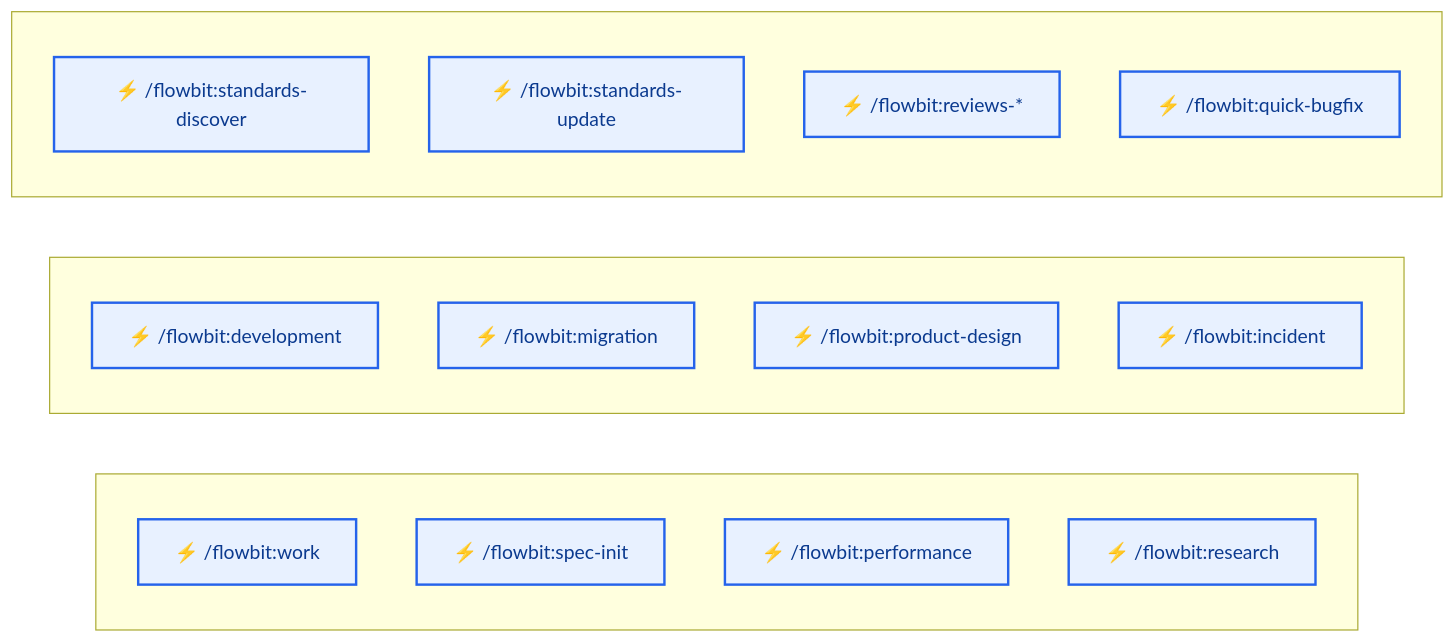
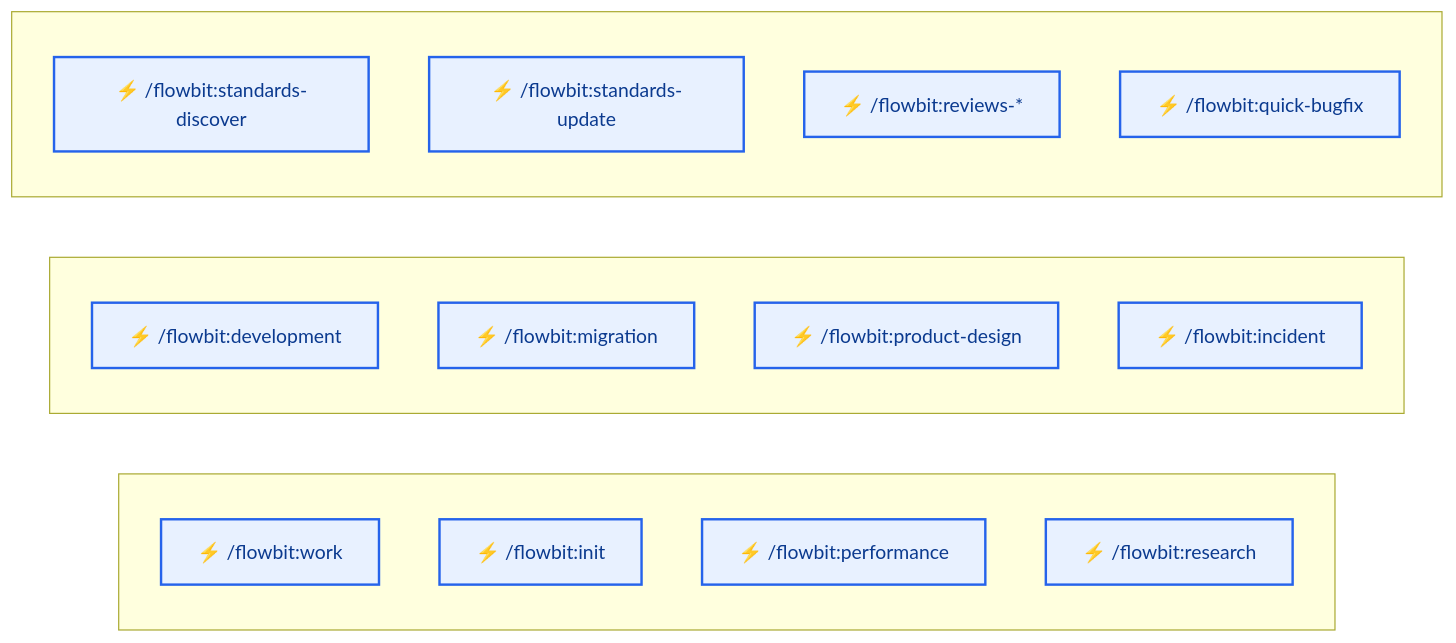
The first of 9 diagrams in docs/flow/overview.md (plucins/flowbit), drawn with Mermaid before and after one commit. The commit also changed other lines of this file and 22 other files, not shown here.

````diff
--- a/docs/flow/overview.md
+++ b/docs/flow/overview.md
@@ -40,29 +40,29 @@
 ```mermaid
 graph LR
   subgraph C1[" "]
     direction TB
     WORK["⚡ /flowbit:work"]
-    INIT["⚡ /flowbit:spec-init"]
+    INIT["⚡ /flowbit:init"]
     PERF["⚡ /flowbit:performance"]
     RES["⚡ /flowbit:research"]
   end
 
   subgraph C2[" "]
     direction TB
     DEV["⚡ /flowbit:development"]
     MIG["⚡ /flowbit:migration"]
     PD["⚡ /flowbit:product-design"]
     INC["⚡ /flowbit:incident"]
   end
 
   subgraph C3[" "]
     direction TB
     STD_DISC["⚡ /flowbit:standards-discover"]
     STD_UPD["⚡ /flowbit:standards-update"]
     REV["⚡ /flowbit:reviews-*"]
     QBUG["⚡ /flowbit:quick-bugfix"]
   end
 
   classDef cmd fill:#E8F1FF,stroke:#2563EB,stroke-width:2px,color:#0B3A8F;
   class WORK,INIT,DEV,PERF,MIG,RES,PD,INC,STD_DISC,STD_UPD,REV,QBUG cmd;
 ```
````
